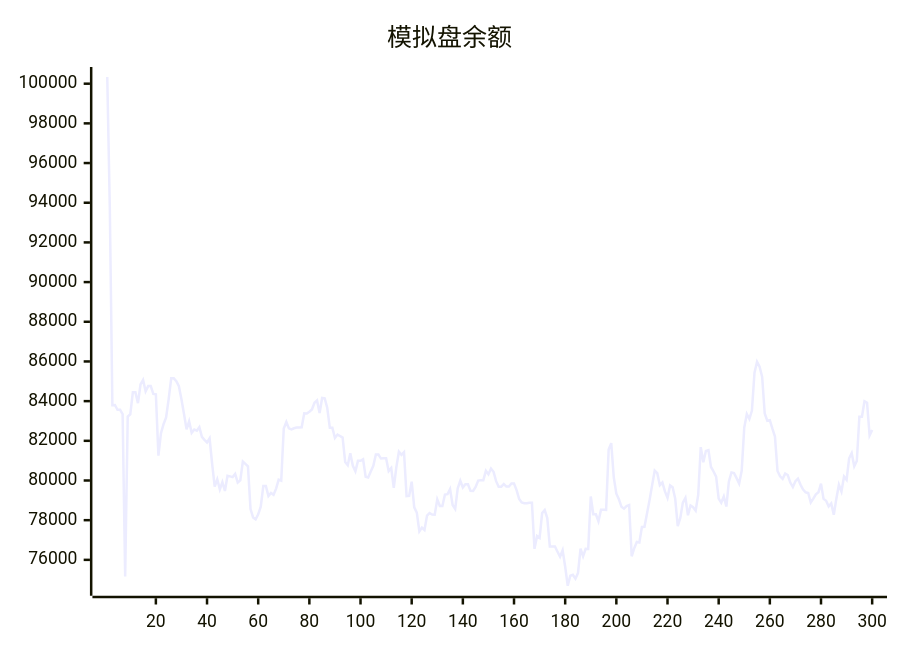
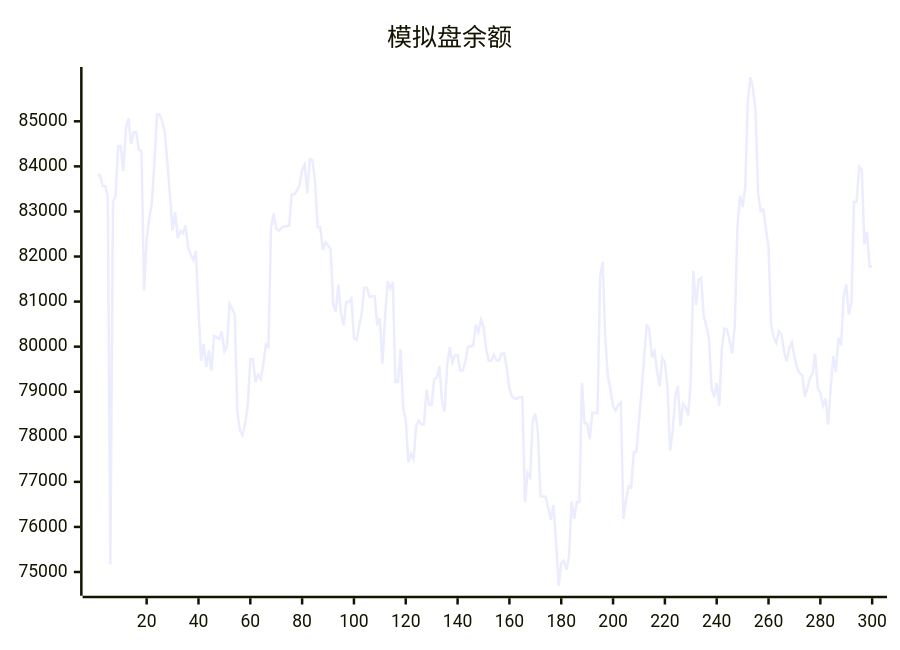
The diagram in README.md (aahl/ai-trading), drawn with Mermaid before and after one commit. The commit also changed other lines of this file and 1 other file, not shown here.

````diff
--- a/README.md
+++ b/README.md
@@ -5,5 +5,5 @@
 ```mermaid
 xychart
     title "模拟盘余额"
-    line [100337,93749,83795,83807,83567,83567,83342,75168,83222,83336,84448,84449,83896,84839,85065,84499,84757,84757,84364,84347,81254,82385,82835,83184,84099,85150,85150,85002,84751,84096,83356,82582,82983,82404,82572,82512,82688,82200,82047,81920,82125,80840,79688,80060,79552,79920,79470,80236,80208,80170,80336,79894,80006,80954,80837,80712,78561,78139,78037,78293,78682,79720,79720,79214,79372,79279,79591,80046,79993,82625,82950,82626,82571,82633,82670,82670,82681,83386,83378,83464,83579,83920,84037,83402,84160,84142,83652,82655,82655,82145,82315,82243,82163,80934,80770,81371,80742,80468,80989,80989,81067,80191,80155,80450,80737,81309,81309,81106,81119,81119,80471,80631,79624,80670,81448,81290,81429,79212,79222,79940,78643,78380,77432,77623,77504,78235,78358,78284,78277,79048,78714,78714,79290,79308,79567,78763,78563,79603,79988,79652,79813,79813,79476,79469,79673,79995,80015,80015,80486,80314,80600,80436,79966,79689,79689,79819,79692,79692,79850,79850,79518,79071,78889,78850,78850,78878,78878,76554,77202,77103,78357,78510,78106,76678,76677,76672,76411,76159,76485,75656,74695,75197,75246,75052,75334,76564,76179,76553,76551,79196,78300,78300,77944,78531,78531,78521,81564,81884,80160,79335,79055,78675,78580,78708,78764,76179,76586,76902,76876,77658,77669,78346,79023,79769,80497,80366,79761,79896,79448,79126,79749,79658,79097,77695,78114,78888,79126,78249,78738,78653,78478,79271,81680,80923,81488,81527,80681,80455,80190,79084,78879,79193,78686,79954,80403,80374,80118,79848,80491,82665,83351,83098,83525,85430,85983,85737,85221,83378,83014,83043,82613,82216,80477,80208,80081,80348,80277,79894,79670,79965,80093,79786,79542,79406,79371,78893,79087,79304,79406,79841,79072,78978,78696,78846,78272,79085,79787,79442,80198,80031,81120,81379,80718,80985,83214,83212,83993,83921,82270,82547]
+    line [83795,83807,83567,83567,83342,75168,83222,83336,84448,84449,83896,84839,85065,84499,84757,84757,84364,84347,81254,82385,82835,83184,84099,85150,85150,85002,84751,84096,83356,82582,82983,82404,82572,82512,82688,82200,82047,81920,82125,80840,79688,80060,79552,79920,79470,80236,80208,80170,80336,79894,80006,80954,80837,80712,78561,78139,78037,78293,78682,79720,79720,79214,79372,79279,79591,80046,79993,82625,82950,82626,82571,82633,82670,82670,82681,83386,83378,83464,83579,83920,84037,83402,84160,84142,83652,82655,82655,82145,82315,82243,82163,80934,80770,81371,80742,80468,80989,80989,81067,80191,80155,80450,80737,81309,81309,81106,81119,81119,80471,80631,79624,80670,81448,81290,81429,79212,79222,79940,78643,78380,77432,77623,77504,78235,78358,78284,78277,79048,78714,78714,79290,79308,79567,78763,78563,79603,79988,79652,79813,79813,79476,79469,79673,79995,80015,80015,80486,80314,80600,80436,79966,79689,79689,79819,79692,79692,79850,79850,79518,79071,78889,78850,78850,78878,78878,76554,77202,77103,78357,78510,78106,76678,76677,76672,76411,76159,76485,75656,74695,75197,75246,75052,75334,76564,76179,76553,76551,79196,78300,78300,77944,78531,78531,78521,81564,81884,80160,79335,79055,78675,78580,78708,78764,76179,76586,76902,76876,77658,77669,78346,79023,79769,80497,80366,79761,79896,79448,79126,79749,79658,79097,77695,78114,78888,79126,78249,78738,78653,78478,79271,81680,80923,81488,81527,80681,80455,80190,79084,78879,79193,78686,79954,80403,80374,80118,79848,80491,82665,83351,83098,83525,85430,85983,85737,85221,83378,83014,83043,82613,82216,80477,80208,80081,80348,80277,79894,79670,79965,80093,79786,79542,79406,79371,78893,79087,79304,79406,79841,79072,78978,78696,78846,78272,79085,79787,79442,80198,80031,81120,81379,80718,80985,83214,83212,83993,83921,82270,82547,81776,81776]
 ```
````
